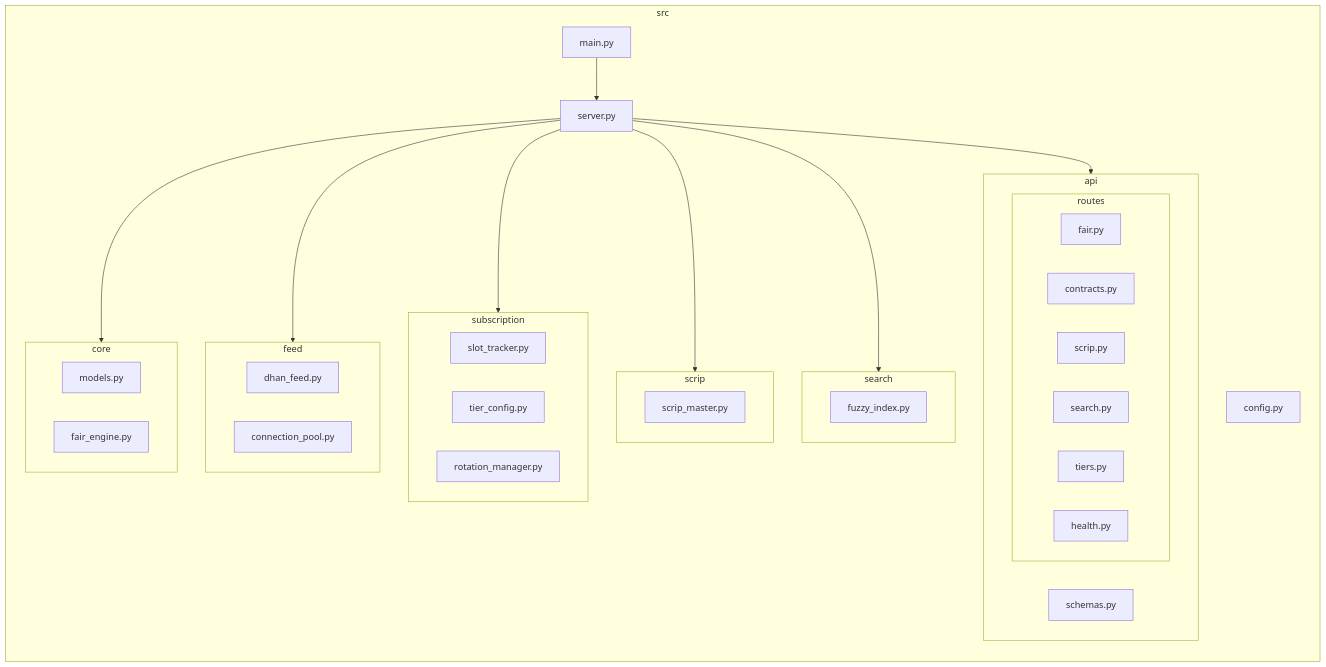
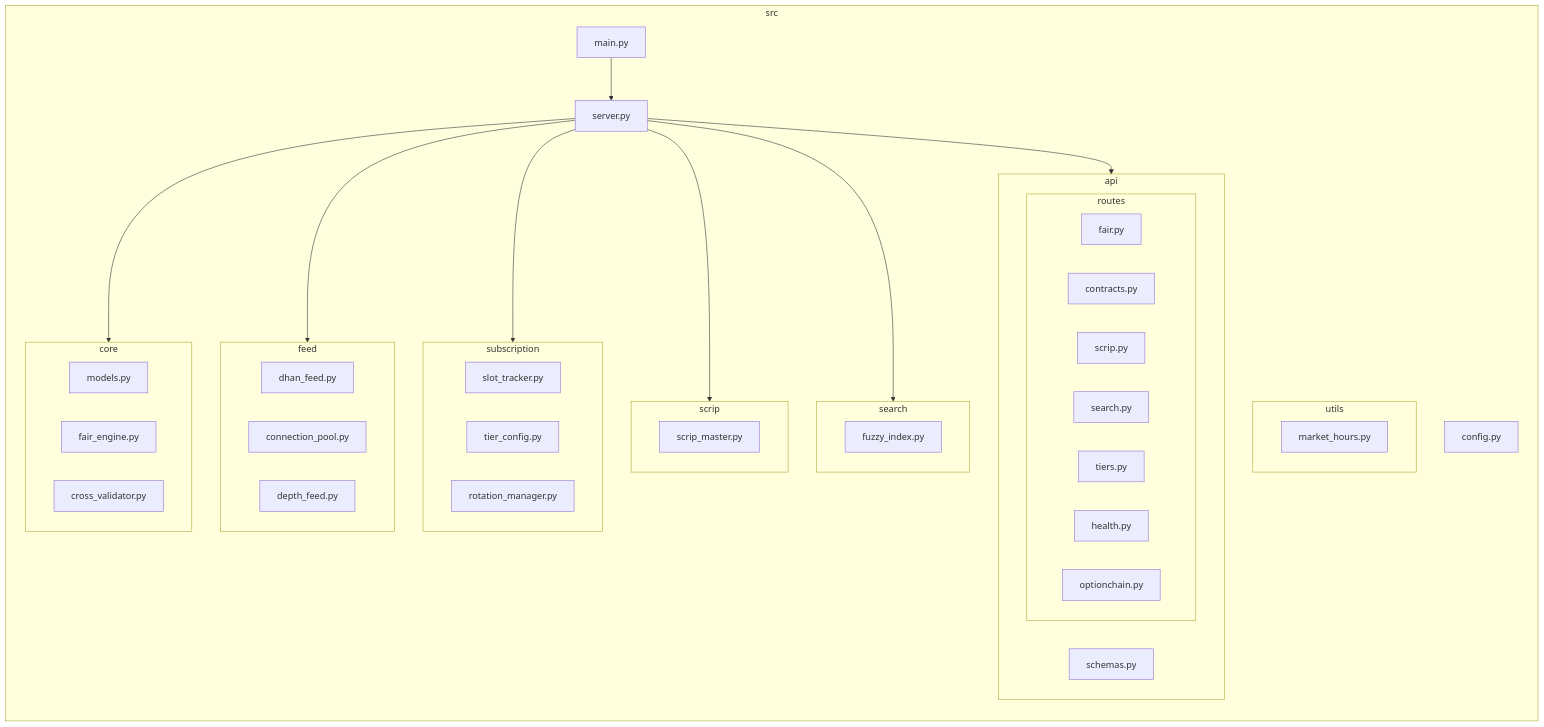
Before and after one commit to vakharwalad23/fair-value-engine: the fourth of 7 diagrams in docs/architecture.md, drawn with Mermaid. The commit also changed other lines of this file and 3 other files, not shown here.

Commit message:
docs: update all docs for liquidity, depth, option chain, market hours features

````diff
--- a/docs/architecture.md
+++ b/docs/architecture.md
@@ -98,52 +127,59 @@
 ```mermaid
 graph LR
     subgraph src
         main["main.py"]
         server["server.py"]
         config["config.py"]
 
         subgraph core
             models["models.py"]
             fair_engine["fair_engine.py"]
+            cross_validator["cross_validator.py"]
         end
 
         subgraph feed
             dhan_feed["dhan_feed.py"]
             connection_pool["connection_pool.py"]
+            depth_feed["depth_feed.py"]
         end
 
         subgraph subscription
             slot_tracker["slot_tracker.py"]
             tier_config["tier_config.py"]
             rotation_mgr["rotation_manager.py"]
         end
 
         subgraph scrip
             scrip_master["scrip_master.py"]
         end
 
         subgraph search
             fuzzy_index["fuzzy_index.py"]
         end
 
+        subgraph utils
+            market_hours["market_hours.py"]
+        end
+
         subgraph api
             schemas["schemas.py"]
             subgraph routes
                 fair_rt["fair.py"]
                 contracts_rt["contracts.py"]
                 scrip_rt["scrip.py"]
                 search_rt["search.py"]
                 tiers_rt["tiers.py"]
                 health_rt["health.py"]
+                optionchain_rt["optionchain.py"]
             end
         end
     end
 
     server --> core
     server --> feed
     server --> subscription
     server --> scrip
     server --> search
     server --> api
     main --> server
 ```
````
